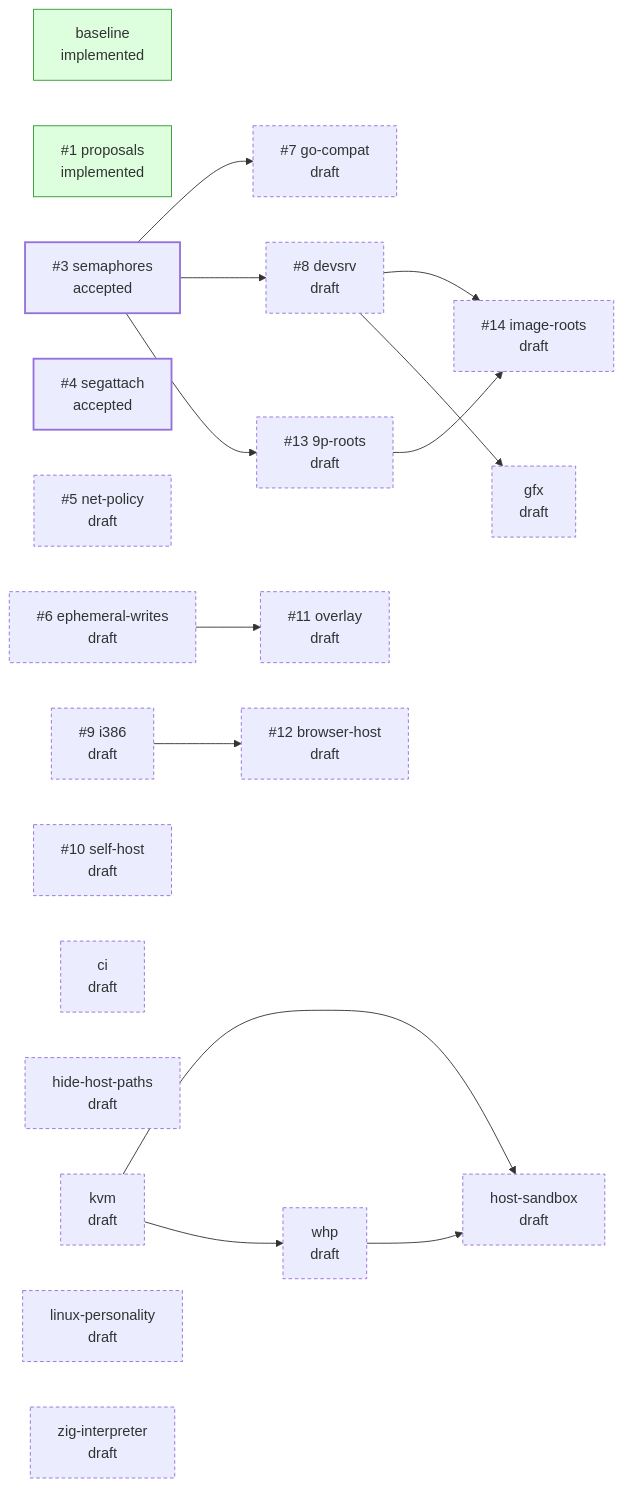
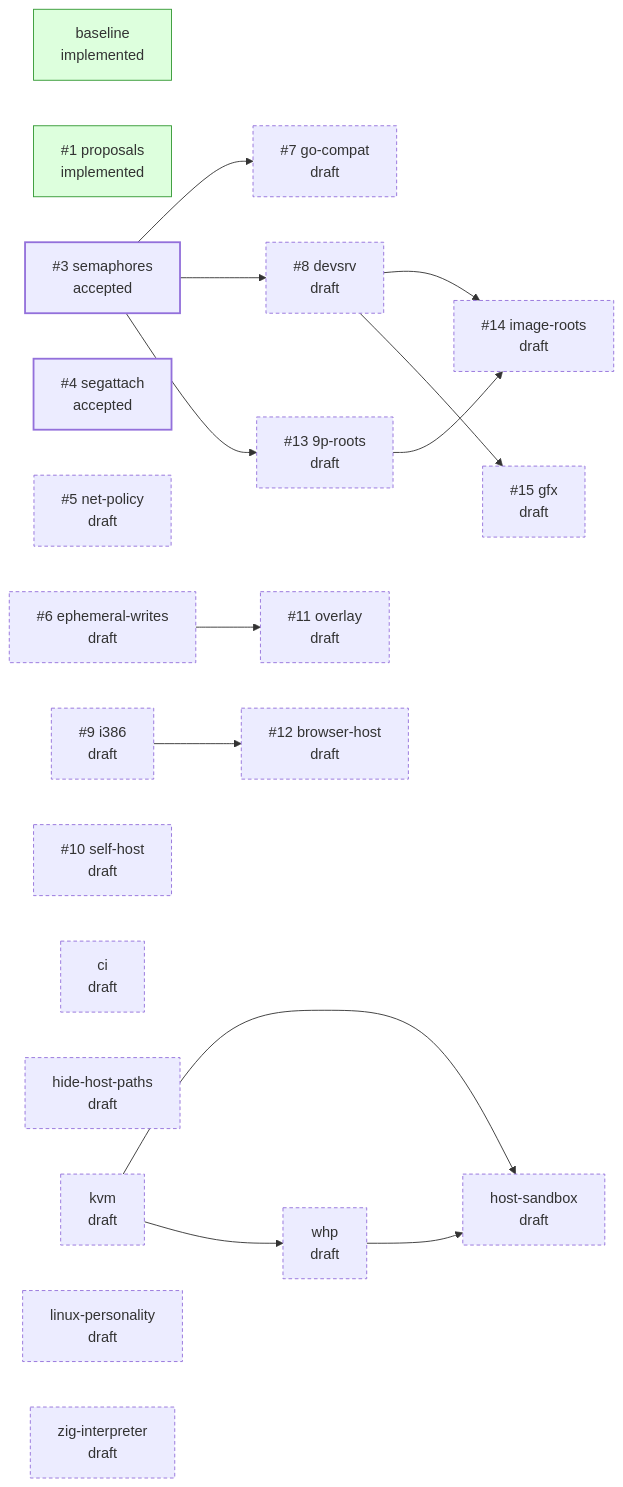
The diagram in README.md (jpf/hyper9), drawn with Mermaid before and after one commit. The commit also changed other lines of this file and 7 other files, not shown here.

````diff
--- a/README.md
+++ b/README.md
@@ -39,40 +39,40 @@
 ```mermaid
 flowchart LR
   classDef draft stroke-dasharray: 4 3
   classDef accepted stroke-width: 2px
   classDef implemented fill:#dfd,stroke:#393
   classDef closed fill:#eee,stroke:#999,color:#777
   p_baseline["baseline<br/>implemented"]:::implemented
   p_proposals["#35;1 proposals<br/>implemented"]:::implemented
   p_semaphores["#35;3 semaphores<br/>accepted"]:::accepted
   p_segattach["#35;4 segattach<br/>accepted"]:::accepted
   p_net_policy["#35;5 net-policy<br/>draft"]:::draft
   p_ephemeral_writes["#35;6 ephemeral-writes<br/>draft"]:::draft
   p_go_compat["#35;7 go-compat<br/>draft"]:::draft
   p_devsrv["#35;8 devsrv<br/>draft"]:::draft
   p_i386["#35;9 i386<br/>draft"]:::draft
   p_self_host["#35;10 self-host<br/>draft"]:::draft
   p_overlay["#35;11 overlay<br/>draft"]:::draft
   p_browser_host["#35;12 browser-host<br/>draft"]:::draft
   p_9p_roots["#35;13 9p-roots<br/>draft"]:::draft
   p_image_roots["#35;14 image-roots<br/>draft"]:::draft
+  p_gfx["#35;15 gfx<br/>draft"]:::draft
   p_ci["ci<br/>draft"]:::draft
-  p_gfx["gfx<br/>draft"]:::draft
   p_hide_host_paths["hide-host-paths<br/>draft"]:::draft
   p_host_sandbox["host-sandbox<br/>draft"]:::draft
   p_kvm["kvm<br/>draft"]:::draft
   p_linux_personality["linux-personality<br/>draft"]:::draft
   p_whp["whp<br/>draft"]:::draft
   p_zig_interpreter["zig-interpreter<br/>draft"]:::draft
   p_semaphores --> p_go_compat
   p_semaphores --> p_devsrv
   p_ephemeral_writes --> p_overlay
   p_i386 --> p_browser_host
   p_semaphores --> p_9p_roots
   p_devsrv --> p_image_roots
   p_9p_roots --> p_image_roots
   p_devsrv --> p_gfx
   p_kvm --> p_host_sandbox
   p_whp --> p_host_sandbox
   p_kvm --> p_whp
 ```
````
